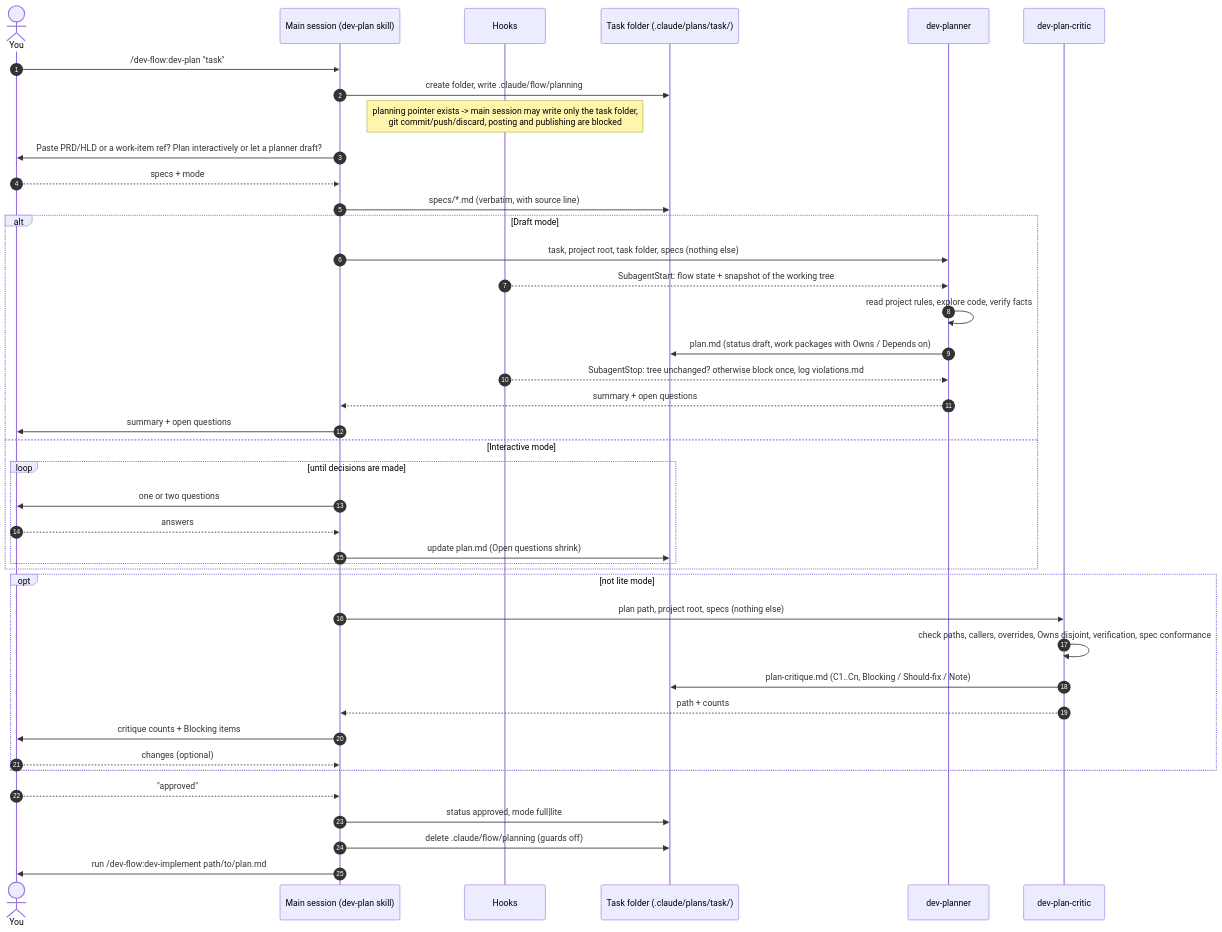
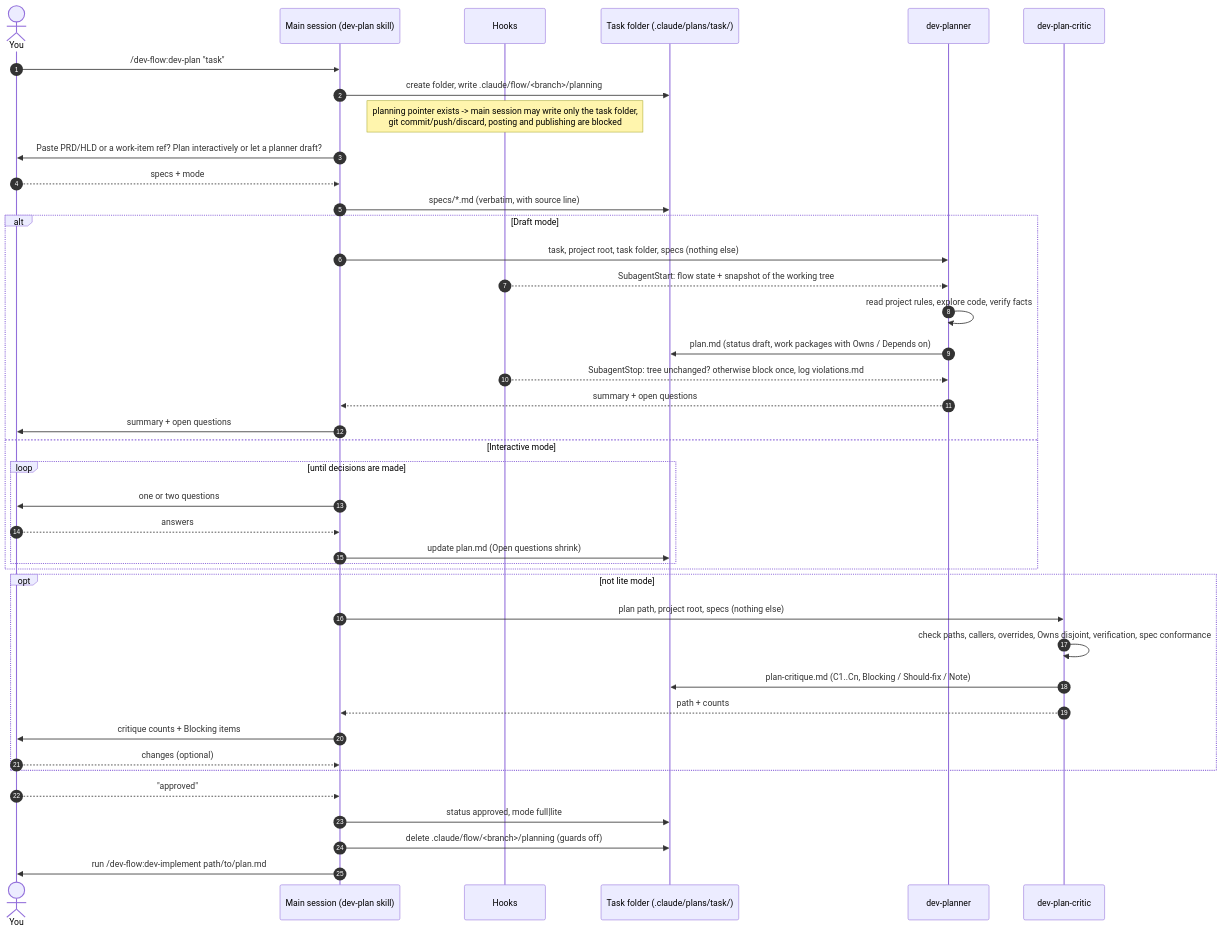
Before and after one commit to MPesin/ai-tools: the first of 2 diagrams in plugins/dev-flow/README.md, drawn with Mermaid. The commit also changed other lines of this file and 15 other files, not shown here.

First line of the commit message:
dev-flow: a flow per branch; none on main or master

````diff
--- a/plugins/dev-flow/README.md
+++ b/plugins/dev-flow/README.md
@@ -25,47 +25,47 @@
 ```mermaid
 sequenceDiagram
     autonumber
     actor U as You
     participant M as Main session (dev-plan skill)
     participant H as Hooks
     participant F as Task folder (.claude/plans/task/)
     participant P as dev-planner
     participant C as dev-plan-critic
 
     U->>M: /dev-flow:dev-plan "task"
-    M->>F: create folder, write .claude/flow/planning
+    M->>F: create folder, write .claude/flow/<branch>/planning
     Note over H: planning pointer exists -> main session may write only the task folder,<br/>git commit/push/discard, posting and publishing are blocked
     M->>U: Paste PRD/HLD or a work-item ref? Plan interactively or let a planner draft?
     U-->>M: specs + mode
     M->>F: specs/*.md (verbatim, with source line)
 
     alt Draft mode
         M->>P: task, project root, task folder, specs (nothing else)
         H-->>P: SubagentStart: flow state + snapshot of the working tree
         P->>P: read project rules, explore code, verify facts
         P->>F: plan.md (status draft, work packages with Owns / Depends on)
         H-->>P: SubagentStop: tree unchanged? otherwise block once, log violations.md
         P-->>M: summary + open questions
         M->>U: summary + open questions
     else Interactive mode
         loop until decisions are made
             M->>U: one or two questions
             U-->>M: answers
             M->>F: update plan.md (Open questions shrink)
         end
     end
 
     opt not lite mode
         M->>C: plan path, project root, specs (nothing else)
         C->>C: check paths, callers, overrides, Owns disjoint, verification, spec conformance
         C->>F: plan-critique.md (C1..Cn, Blocking / Should-fix / Note)
         C-->>M: path + counts
         M->>U: critique counts + Blocking items
         U-->>M: changes (optional)
     end
 
     U-->>M: "approved"
     M->>F: status approved, mode full|lite
-    M->>F: delete .claude/flow/planning (guards off)
+    M->>F: delete .claude/flow/<branch>/planning (guards off)
     M->>U: run /dev-flow:dev-implement path/to/plan.md
 ```
````
